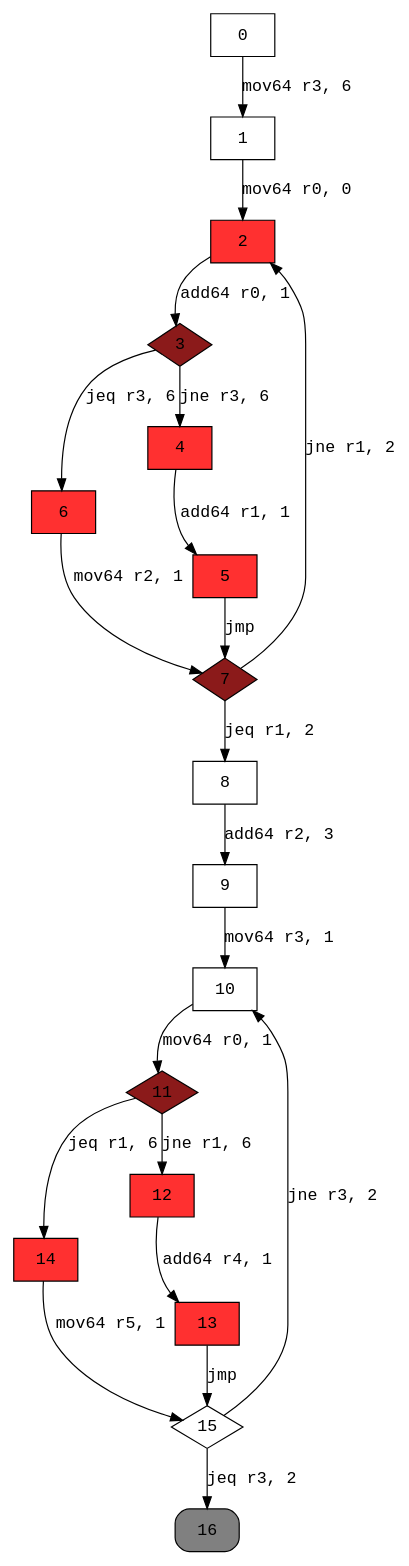
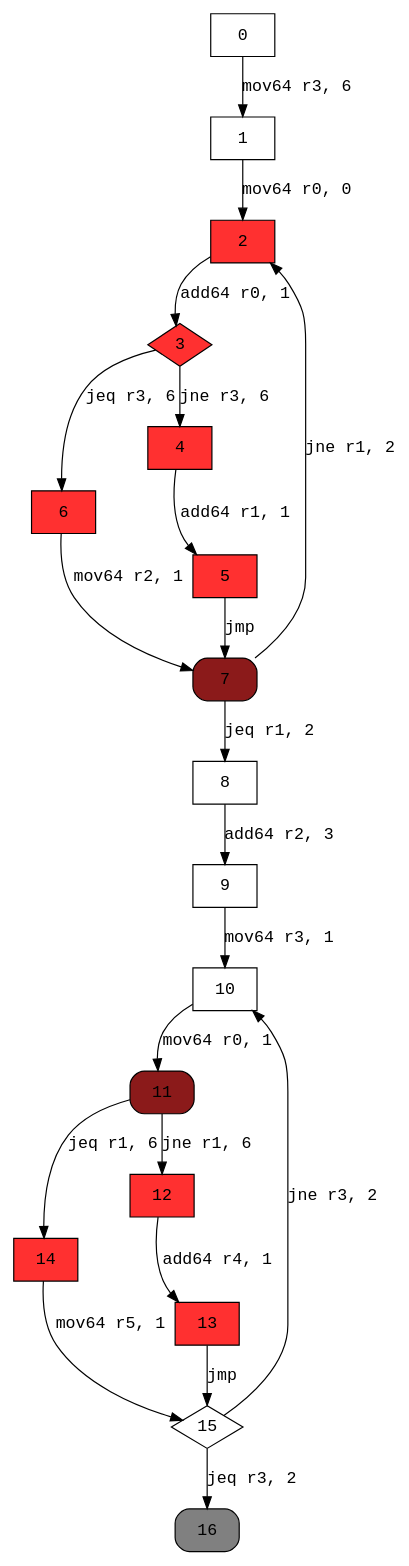
One commit to XicoCorreia/InformationFlowAnalysisEbpf changed the diagram in graphs/doWhileIfNested.dot. Above: the diagram before and after it, drawn with Graphviz. The commit also changed 16 other files, not shown here.

Commit message:
Fix dot file graph

```diff
--- a/graphs/doWhileIfNested.dot
+++ b/graphs/doWhileIfNested.dot
@@ -1,37 +1,37 @@
 digraph cfg { 
 node [fontname="monospace"];
 node [shape=box];
 edge [fontname="monospace"];
   0 -> 1 [label="mov64 r3, 6"];
   1 -> 2 [label="mov64 r0, 0"];
   2 -> 3 [label="add64 r0, 1"];
   3 -> 6 [label="jeq r3, 6"];
   3 -> 4 [label="jne r3, 6"];
   4 -> 5 [label="add64 r1, 1"];
   5 -> 7 [label="jmp"];
   6 -> 7 [label="mov64 r2, 1"];
   7 -> 8 [label="jeq r1, 2"];
   7 -> 2 [label="jne r1, 2"];
   8 -> 9 [label="add64 r2, 3"];
   9 -> 10 [label="mov64 r3, 1"];
   10 -> 11 [label="mov64 r0, 1"];
   11 -> 14 [label="jeq r1, 6"];
   11 -> 12 [label="jne r1, 6"];
   12 -> 13 [label="add64 r4, 1"];
   13 -> 15 [label="jmp"];
   14 -> 15 [label="mov64 r5, 1"];
   15 -> 16 [label="jeq r3, 2"];
   15 -> 10 [label="jne r3, 2"];
 2 [style=filled,fillcolor=firebrick1];
-3 [shape=diamond,style=filled,fillcolor=firebrick4];
+3 [shape=diamond,style=filled,fillcolor=firebrick1];
 4 [style=filled,fillcolor=firebrick1];
 5 [style=filled,fillcolor=firebrick1];
 6 [style=filled,fillcolor=firebrick1];
-7 [shape=diamond,style=filled,fillcolor=firebrick4];
-11 [shape=diamond,style=filled,fillcolor=firebrick4];
+7 [style="rounded,filled",fillcolor=firebrick4];
+11 [style="rounded,filled",fillcolor=firebrick4];
 12 [style=filled,fillcolor=firebrick1];
 13 [style=filled,fillcolor=firebrick1];
 14 [style=filled,fillcolor=firebrick1];
 15 [shape=diamond];
 16 [style="rounded,filled",fillcolor=grey];
 }
```
